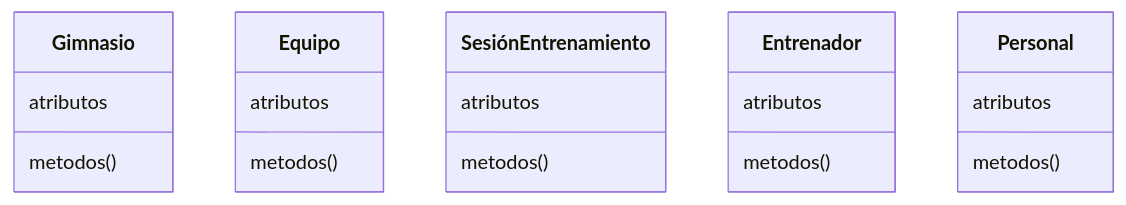
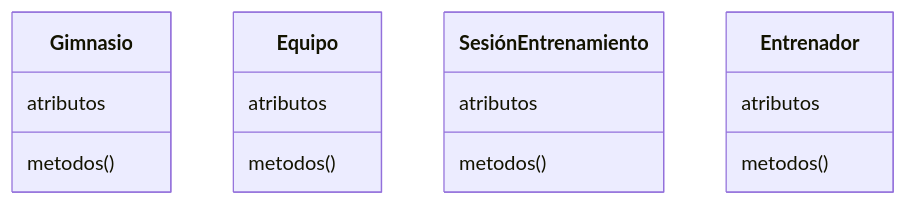
Before and after one commit to toonchavez8/Unir-Notes: the first of 16 diagrams in Maestría-Ingeniería-de-Software/02-Metologias-Desarollo-y-Calidad/Actividades/Actividad_01_Miguel_DeJesus_Chavez_Barragan.md, drawn with Mermaid. The commit also changed other lines of this file and 3 other files, not shown here.

````diff
--- a/Maestría-Ingeniería-de-Software/02-Metologias-Desarollo-y-Calidad/Actividades/Actividad_01_Miguel_DeJesus_Chavez_Barragan.md
+++ b/Maestría-Ingeniería-de-Software/02-Metologias-Desarollo-y-Calidad/Actividades/Actividad_01_Miguel_DeJesus_Chavez_Barragan.md
@@ -21,24 +62,20 @@
 ```mermaid
 
 classDiagram
  class Gimnasio {
   atributos
   metodos()
  }
  class Equipo {
   atributos
   metodos()
  }
  class SesiónEntrenamiento {
   atributos
   metodos()
  }
  class Entrenador {
   atributos
   metodos()
  }
- class Personal {
- atributos
- metodos()
-}
 ```
````
